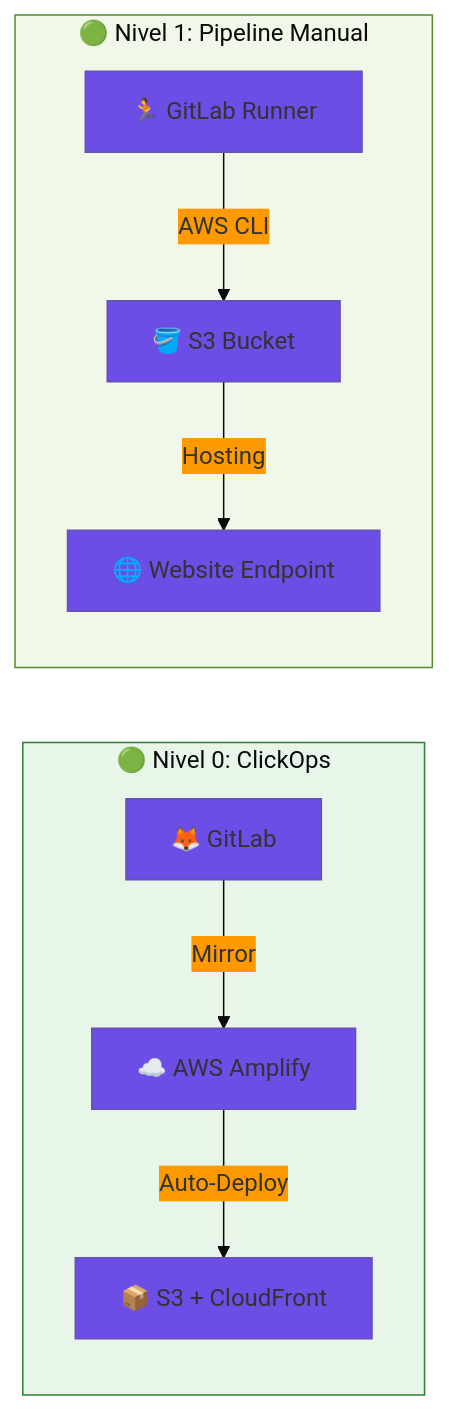
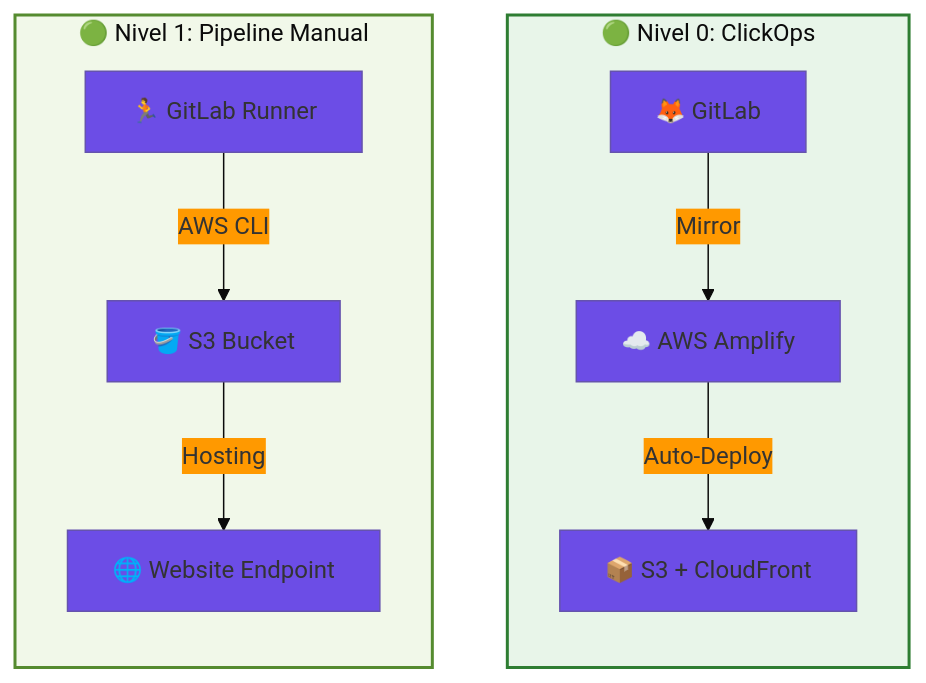
Before and after one commit to vladimiracunadev-create/proyectos-aws: the first of 4 diagrams in docs/ARCHITECTURE.md, drawn with Mermaid. The commit also changed other lines of this file and 1 other file, not shown here.

Commit message:
docs: optimize diagram readability with vertical orientation and larger fonts

````diff
--- a/docs/ARCHITECTURE.md
+++ b/docs/ARCHITECTURE.md
@@ -26,16 +26,18 @@
 ```mermaid
-%%{init: {'theme': 'base', 'themeVariables': { 'primaryColor': '#6C4DE6', 'secondaryColor': '#FF9900', 'tertiaryColor': '#f4f4f4' }}}%%
-graph LR
+%%{init: {'theme': 'base', 'themeVariables': { 'primaryColor': '#6C4DE6', 'secondaryColor': '#FF9900', 'tertiaryColor': '#f4f4f4', 'fontsize': '16px' }}}%%
+graph TB
     subgraph Tier1_A["🟢 Nivel 0: ClickOps"]
+        direction TB
         A1[🦊 GitLab] -->|Mirror| A2[☁️ AWS Amplify]
         A2 -->|Auto-Deploy| A3[📦 S3 + CloudFront]
     end
 
     subgraph Tier1_B["🟢 Nivel 1: Pipeline Manual"]
+        direction TB
         B1[🏃 GitLab Runner] -->|AWS CLI| B2[🪣 S3 Bucket]
         B2 -->|Hosting| B3[🌐 Website Endpoint]
     end
 
-    style Tier1_A fill:#e8f5e9,stroke:#2e7d32
-    style Tier1_B fill:#f1f8e9,stroke:#558b2f
+    style Tier1_A fill:#e8f5e9,stroke:#2e7d32,stroke-width:2px
+    style Tier1_B fill:#f1f8e9,stroke:#558b2f,stroke-width:2px
 ```
````
